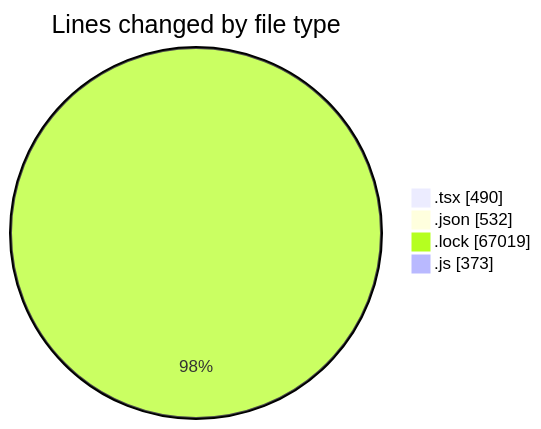
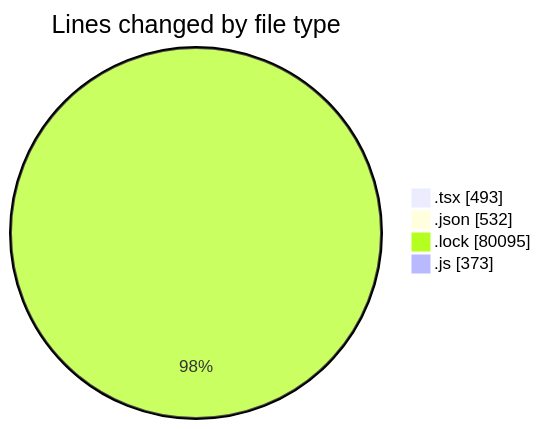
The first of 2 diagrams in 2025-03-10/cda/README.md (momahboobian/code-tracking), drawn with Mermaid before and after one commit. The commit also changed other lines of this file and 1 other file, not shown here.

````diff
--- a/2025-03-10/cda/README.md
+++ b/2025-03-10/cda/README.md
@@ -40,8 +41,8 @@
 ```mermaid
 pie showData
 title Lines changed by file type
-".tsx" : 490
+".tsx" : 493
 ".json" : 532
-".lock" : 67019
+".lock" : 80095
 ".js" : 373
 ```
````
